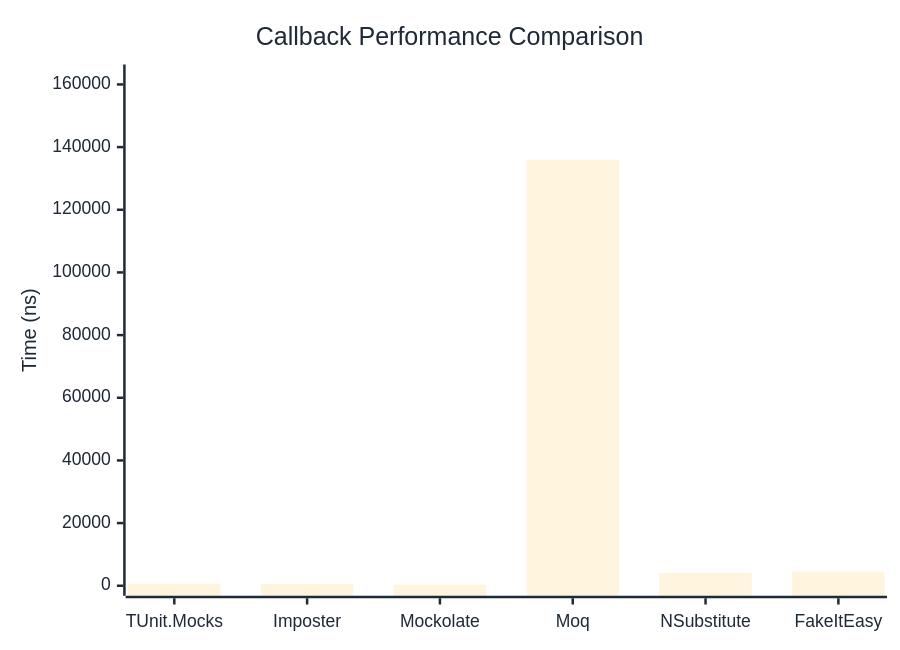
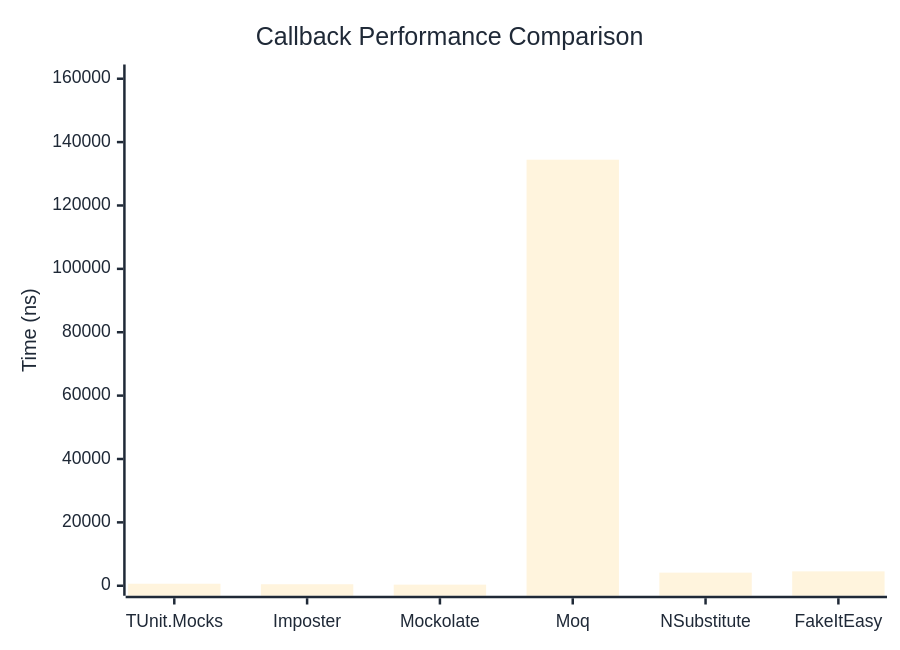
Before and after one commit to thomhurst/TUnit: the first of 2 diagrams in docs/docs/benchmarks/mocks/Callback.md, drawn with Mermaid. The commit also changed other lines of this file and 14 other files, not shown here.

````diff
--- a/docs/docs/benchmarks/mocks/Callback.md
+++ b/docs/docs/benchmarks/mocks/Callback.md
@@ -28,27 +28,27 @@
 ```mermaid
 %%{init: {
   'theme':'base',
   'themeVariables': {
     'primaryColor': '#2563eb',
     'primaryTextColor': '#1f2937',
     'primaryBorderColor': '#1e40af',
     'lineColor': '#6b7280',
     'secondaryColor': '#7c3aed',
     'tertiaryColor': '#dc2626',
     'background': '#ffffff',
     'pie1': '#2563eb',
     'pie2': '#7c3aed',
     'pie3': '#dc2626',
     'pie4': '#f59e0b',
     'pie5': '#10b981',
     'pie6': '#06b6d4',
     'pie7': '#ec4899',
     'pie8': '#6366f1'
   }
 }}%%
 xychart-beta
   title "Callback Performance Comparison"
   x-axis ["TUnit.Mocks", "Imposter", "Mockolate", "Moq", "NSubstitute", "FakeItEasy"]
-  y-axis "Time (ns)" 0 --> 163169
-  bar [668.2, 487.8, 346, 135973.7, 4044.3, 4499.5]
+  y-axis "Time (ns)" 0 --> 161332
+  bar [641.6, 473.3, 345.9, 134443.3, 4139, 4535.8]
 ```
````
